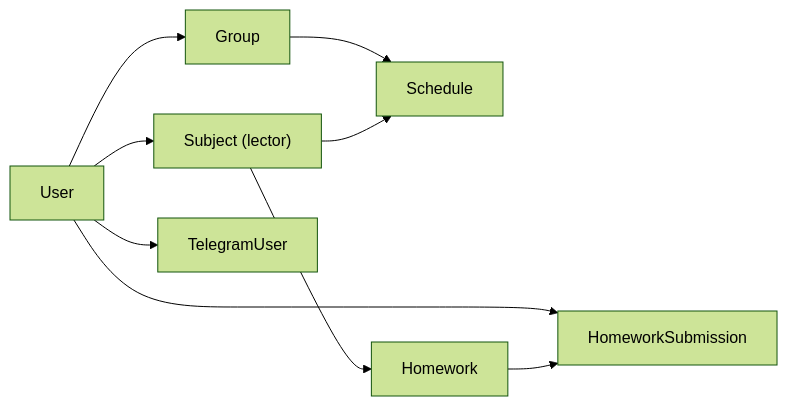
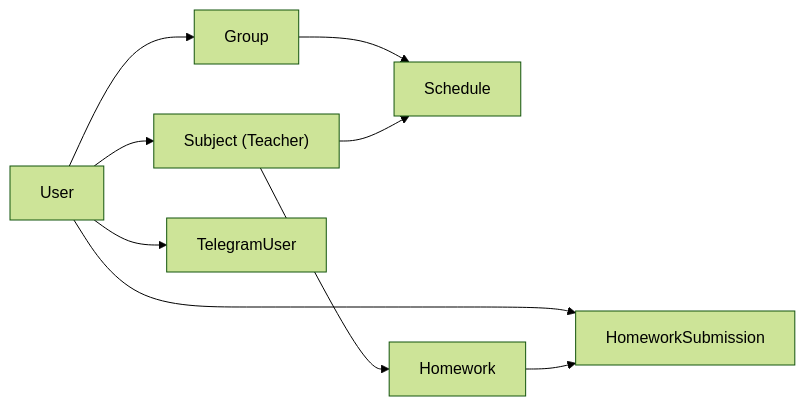
The diagram in obsidian-vault/07-ADR/ADR-002 Prisma ORM.md (PvUtrix/shked), drawn with Mermaid (forest theme) before and after one commit. The commit also changed 142 other files, not shown here.

````diff
--- a/obsidian-vault/07-ADR/ADR-002 Prisma ORM.md
+++ b/obsidian-vault/07-ADR/ADR-002 Prisma ORM.md
@@ -120,11 +120,11 @@
 ```mermaid
 graph LR
     User --> Group
     User --> HomeworkSubmission
-    User --> Subject["Subject (lector)"]
+    User --> Subject["Subject (Teacher)"]
     Group --> Schedule
     Subject --> Schedule
     Subject --> Homework
     Homework --> HomeworkSubmission
     User --> TelegramUser
 ```
````
